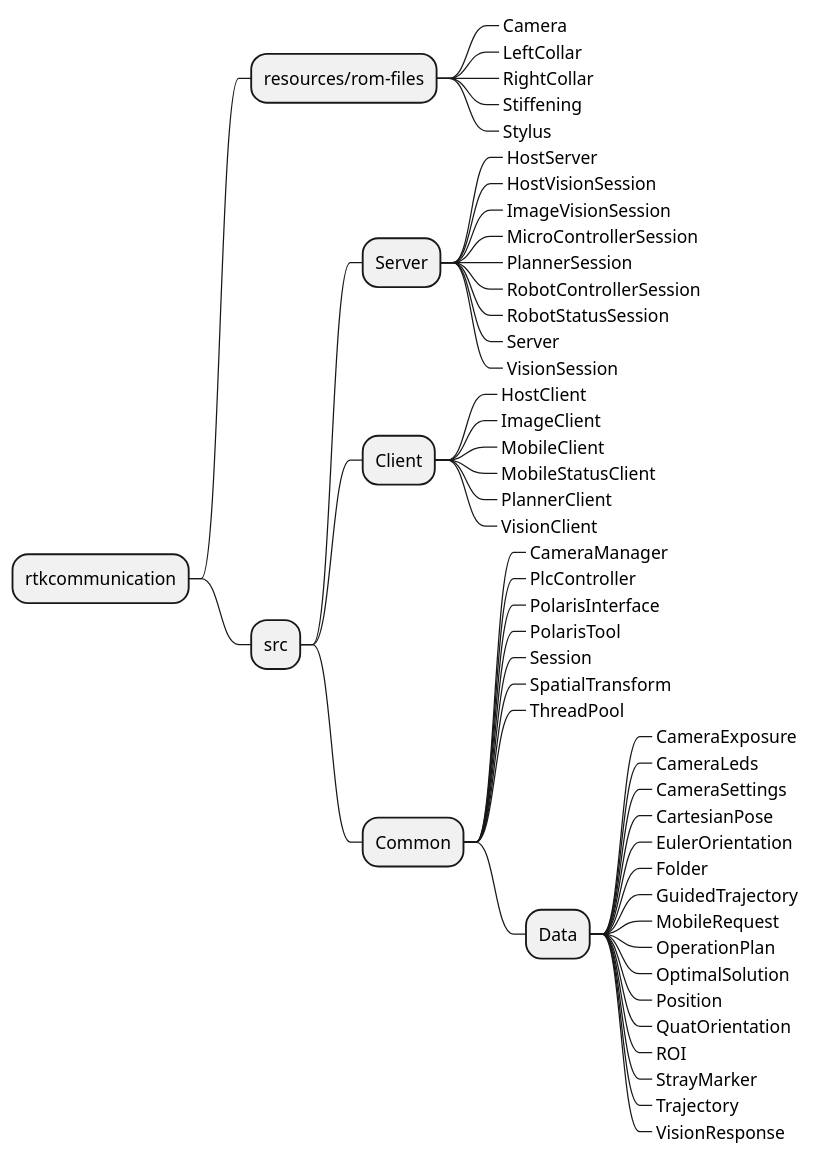
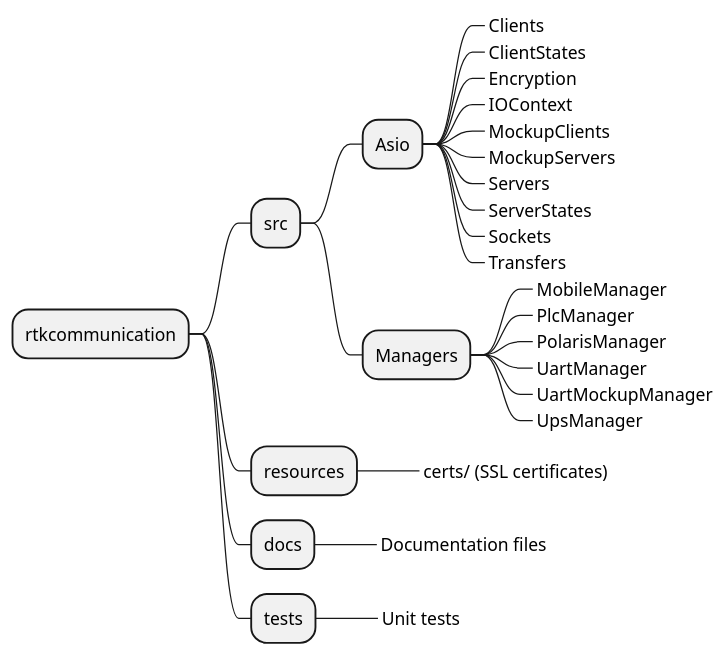
One commit to RobertDeBiro/Cpp_Programs changed the diagram in Companies/Ronna/Diagrams/MindMaps/rtkcommunication.puml. Above: the diagram before and after it, drawn with PlantUML. The commit also changed 293 other files, not shown here.

```diff
--- a/Companies/Ronna/Diagrams/MindMaps/rtkcommunication.puml
+++ b/Companies/Ronna/Diagrams/MindMaps/rtkcommunication.puml
@@ -1,54 +1,34 @@
 @startmindmap rtkcommunication
 
 + rtkcommunication
-++ resources/rom-files
-+++_ Camera
-+++_ LeftCollar
-+++_ RightCollar
-+++_ Stiffening
-+++_ Stylus
+
 ++ src
-+++ Server
-++++_ HostServer
-++++_ HostVisionSession
-++++_ ImageVisionSession
-++++_ MicroControllerSession
-++++_ PlannerSession
-++++_ RobotControllerSession
-++++_ RobotStatusSession
-++++_ Server
-++++_ VisionSession
-+++ Client
-++++_ HostClient
-++++_ ImageClient
-++++_ MobileClient
-++++_ MobileStatusClient
-++++_ PlannerClient
-++++_ VisionClient
-+++ Common
-++++_ CameraManager
-++++_ PlcController
-++++_ PolarisInterface
-++++_ PolarisTool
-++++_ Session
-++++_ SpatialTransform
-++++_ ThreadPool
-++++ Data
-+++++_ CameraExposure
-+++++_ CameraLeds
-+++++_ CameraSettings
-+++++_ CartesianPose
-+++++_ EulerOrientation
-+++++_ Folder
-+++++_ GuidedTrajectory
-+++++_ MobileRequest
-+++++_ OperationPlan
-+++++_ OptimalSolution
-+++++_ Position
-+++++_ QuatOrientation
-+++++_ ROI
-+++++_ StrayMarker
-+++++_ Trajectory
-+++++_ VisionResponse
++++ Asio
+++++_ Clients
+++++_ ClientStates
+++++_ Encryption
+++++_ IOContext
+++++_ MockupClients
+++++_ MockupServers
+++++_ Servers
+++++_ ServerStates
+++++_ Sockets
+++++_ Transfers
++++ Managers
+++++_ MobileManager
+++++_ PlcManager
+++++_ PolarisManager
+++++_ UartManager
+++++_ UartMockupManager
+++++_ UpsManager
+
+++ resources
++++_ certs/ (SSL certificates)
+
+++ docs
++++_ Documentation files
+
+++ tests
++++_ Unit tests
 
 @endmindmap
```
